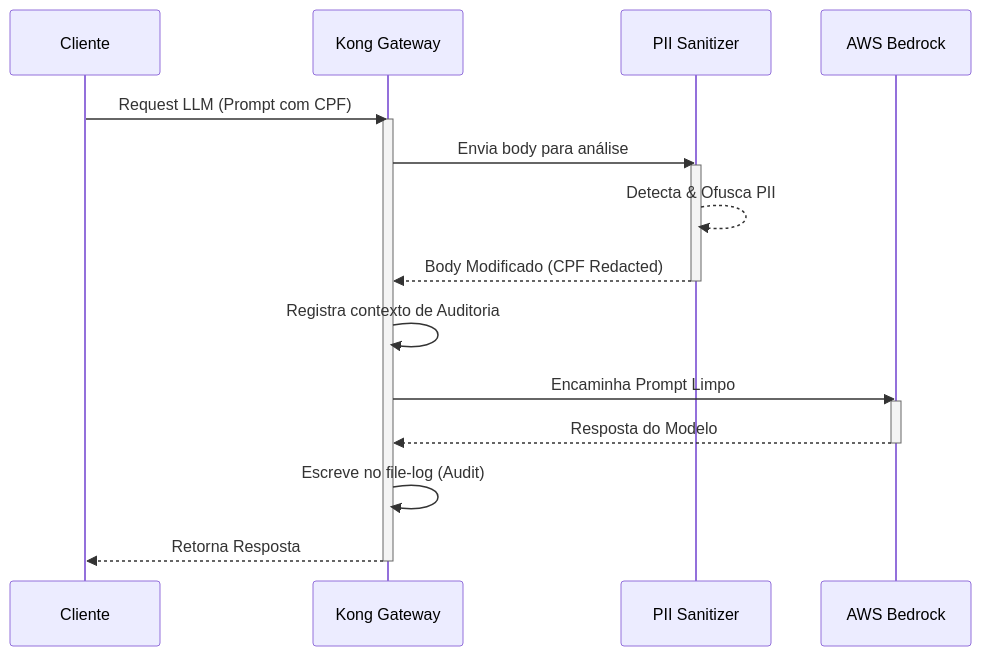
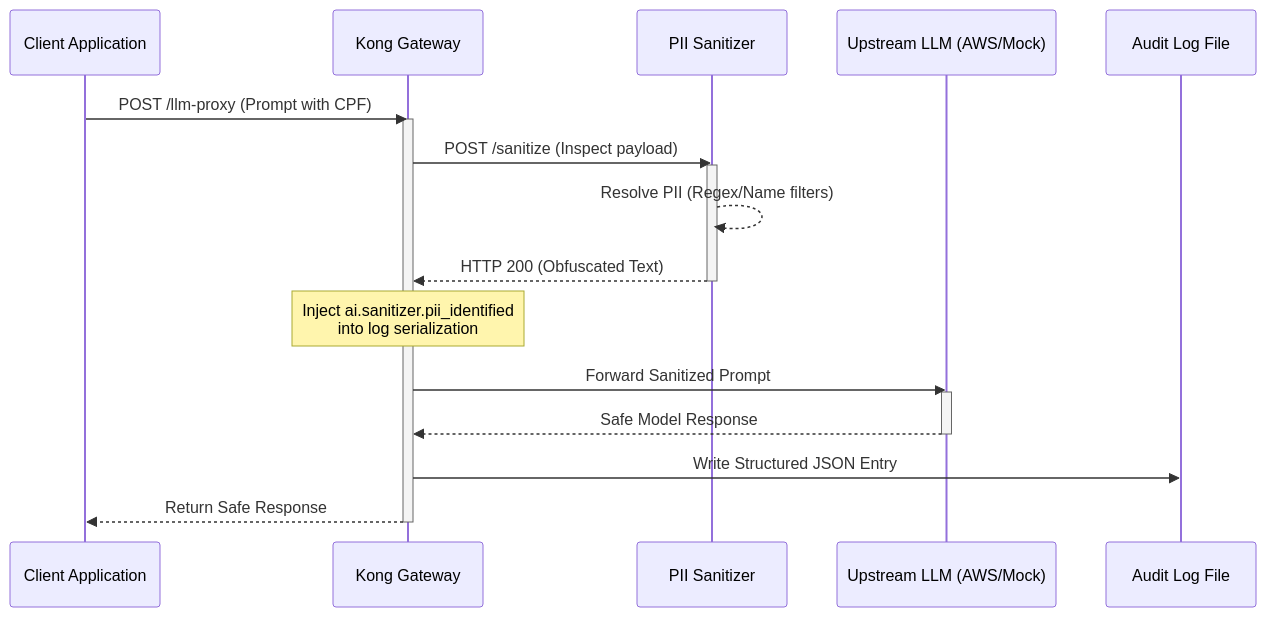
One commit to vfcarida/kong-ai-gateway-bcb-compliance changed the second of 2 diagrams in README.md. Above: the diagram before and after it, drawn with Mermaid. The commit also changed other lines of this file and 4 other files, not shown here.

````diff
--- a/README.md
+++ b/README.md
@@ -88,26 +85,27 @@
 ```mermaid
 sequenceDiagram
-    participant App as Cliente
+    participant App as Client Application
     participant Kong as Kong Gateway
     participant PII as PII Sanitizer
-    participant Bedrock as AWS Bedrock
+    participant LLM as Upstream LLM (AWS/Mock)
+    participant Log as Audit Log File
 
-    App->>Kong: Request LLM (Prompt com CPF)
+    App->>Kong: POST /llm-proxy (Prompt with CPF)
     activate Kong
-    Kong->>PII: Envia body para análise
+    Kong->>PII: POST /sanitize (Inspect payload)
     activate PII
-    PII-->>PII: Detecta & Ofusca PII
-    PII-->>Kong: Body Modificado (CPF Redacted)
+    PII-->>PII: Resolve PII (Regex/Name filters)
+    PII-->>Kong: HTTP 200 (Obfuscated Text)
     deactivate PII
     
-    Kong->>Kong: Registra contexto de Auditoria
+    Note over Kong: Inject ai.sanitizer.pii_identified<br>into log serialization
     
-    Kong->>Bedrock: Encaminha Prompt Limpo
-    activate Bedrock
-    Bedrock-->>Kong: Resposta do Modelo
-    deactivate Bedrock
+    Kong->>LLM: Forward Sanitized Prompt
+    activate LLM
+    LLM-->>Kong: Safe Model Response
+    deactivate LLM
     
-    Kong->>Kong: Escreve no file-log (Audit)
-    Kong-->>App: Retorna Resposta
+    Kong->>Log: Write Structured JSON Entry
+    Kong-->>App: Return Safe Response
     deactivate Kong
 ```
````
